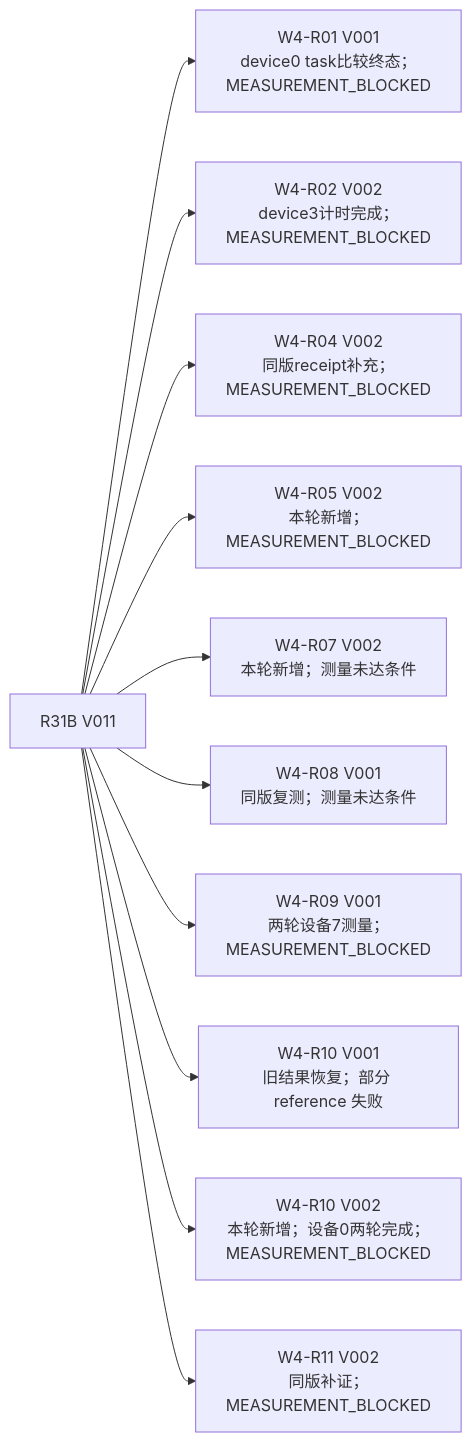
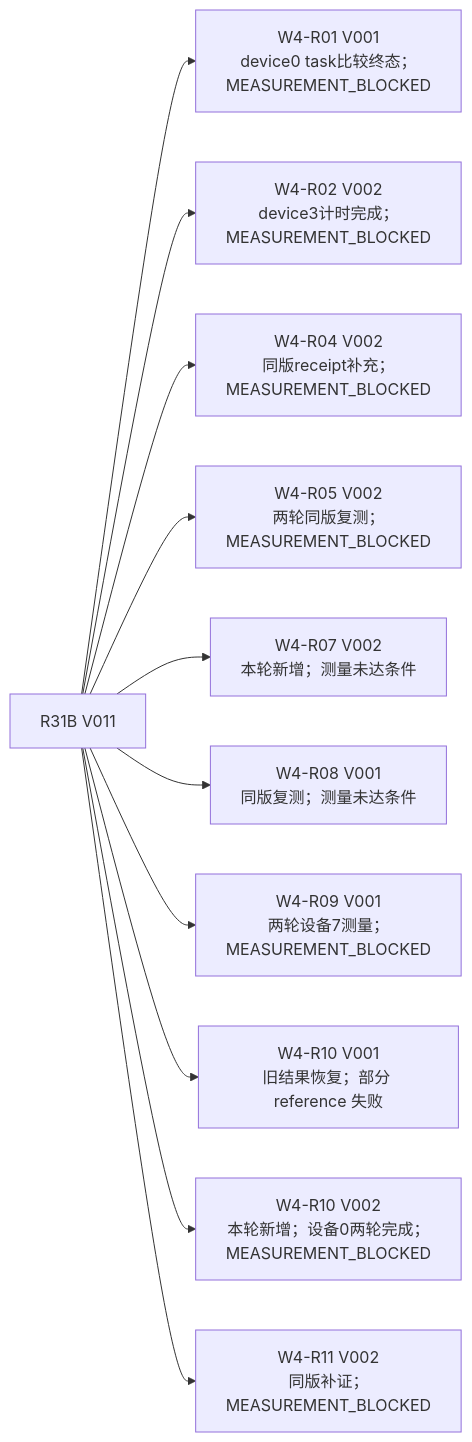
The first of 4 diagrams in 技术路线/技术路线图.md (sxyq/CANN), drawn with Mermaid before and after one commit. The commit also changed other lines of this file and 3 other files, not shown here.

````diff
--- a/技术路线/技术路线图.md
+++ b/技术路线/技术路线图.md
@@ -41,14 +41,14 @@
 ```mermaid
 flowchart LR
   p["R31B V011"]
   p --> r01["W4-R01 V001<br/>device0 task比较终态；MEASUREMENT_BLOCKED"]
   p --> r02["W4-R02 V002<br/>device3计时完成；MEASUREMENT_BLOCKED"]
   p --> r04["W4-R04 V002<br/>同版receipt补充；MEASUREMENT_BLOCKED"]
-  p --> r05["W4-R05 V002<br/>本轮新增；MEASUREMENT_BLOCKED"]
+  p --> r05["W4-R05 V002<br/>两轮同版复测；MEASUREMENT_BLOCKED"]
   p --> r07["W4-R07 V002<br/>本轮新增；测量未达条件"]
   p --> r08["W4-R08 V001<br/>同版复测；测量未达条件"]
   p --> r09["W4-R09 V001<br/>两轮设备7测量；MEASUREMENT_BLOCKED"]
   p --> r10["W4-R10 V001<br/>旧结果恢复；部分 reference 失败"]
   p --> r10v2["W4-R10 V002<br/>本轮新增；设备0两轮完成；MEASUREMENT_BLOCKED"]
   p --> r11["W4-R11 V002<br/>同版补证；MEASUREMENT_BLOCKED"]
 ```
````
